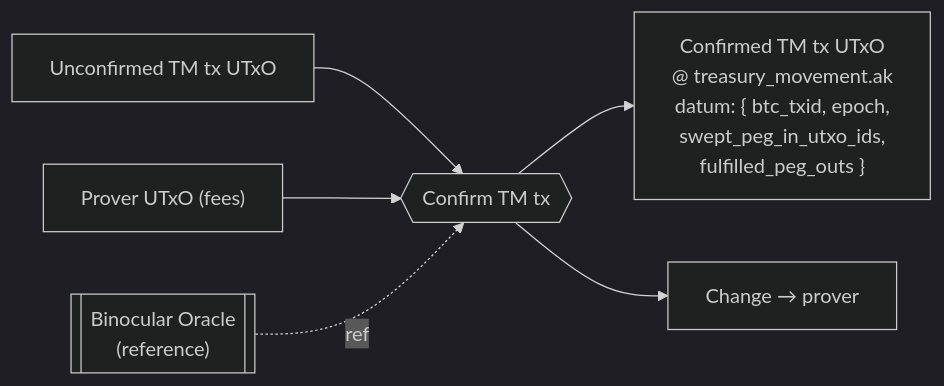
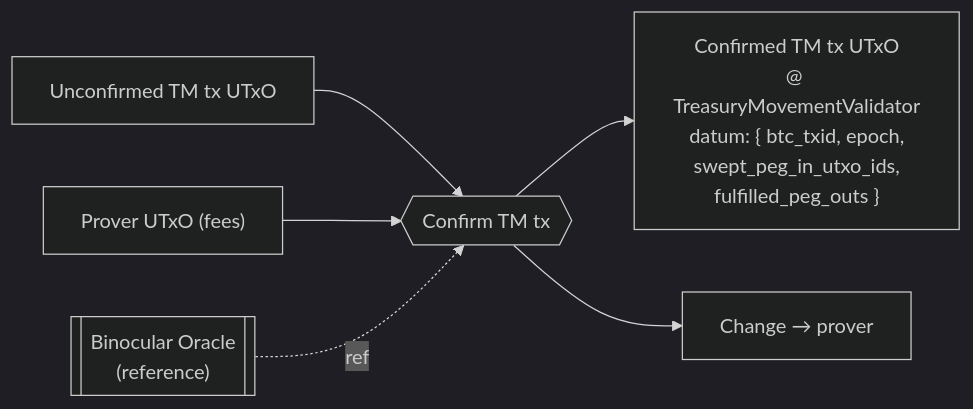
Before and after one commit to FluidTokens/ft-bifrost-bridge: diagram 14 of 19 in documentation/technical_documentation.md, drawn with Mermaid (dark theme). The commit also changed other lines of this file and 8 other files, not shown here.

````diff
--- a/documentation/technical_documentation.md
+++ b/documentation/technical_documentation.md
@@ -1619,8 +1613,8 @@
 ```mermaid
 flowchart LR
   unconf["Unconfirmed TM tx UTxO"] --> tx{{"Confirm TM tx"}}
   prover["Prover UTxO (fees)"] --> tx
   binoc[["Binocular Oracle<br/>(reference)"]] -. ref .-> tx
-  tx --> conf["Confirmed TM tx UTxO<br/>@ treasury_movement.ak<br/>datum: { btc_txid, epoch,<br/>swept_peg_in_utxo_ids,<br/>fulfilled_peg_outs }"]
+  tx --> conf["Confirmed TM tx UTxO<br/>@ TreasuryMovementValidator<br/>datum: { btc_txid, epoch,<br/>swept_peg_in_utxo_ids,<br/>fulfilled_peg_outs }"]
   tx --> change["Change → prover"]
 ```
````
